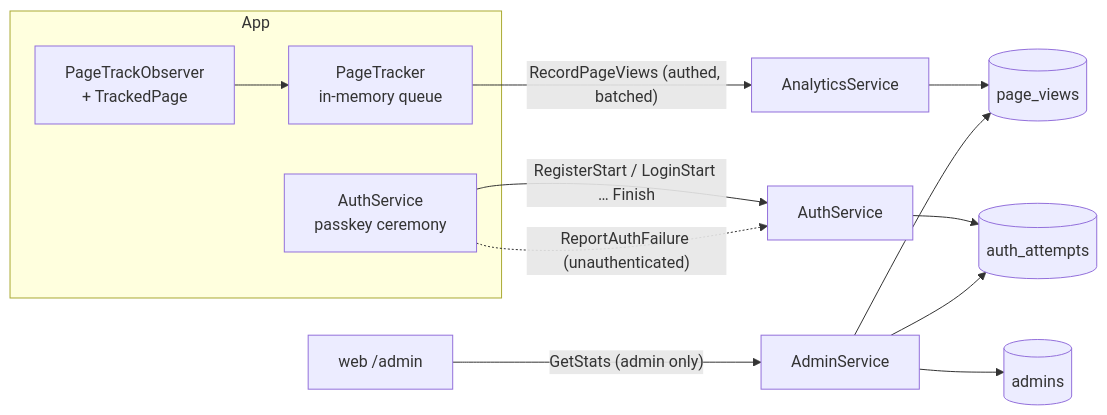
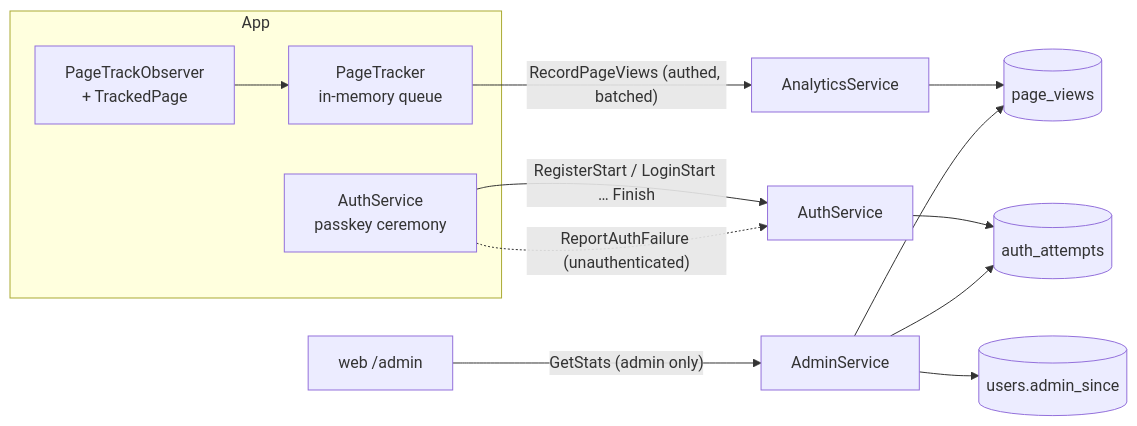
One commit to brensch/lift changed the diagram in docs/architecture/analytics.md. Above: the diagram before and after it, drawn with Mermaid. The commit also changed other lines of this file and 32 other files, not shown here.

````diff
--- a/docs/architecture/analytics.md
+++ b/docs/architecture/analytics.md
@@ -8,16 +8,16 @@
 ```mermaid
 flowchart LR
     subgraph App
         O[PageTrackObserver<br/>+ TrackedPage] --> T[PageTracker<br/>in-memory queue]
         L[AuthService<br/>passkey ceremony]
     end
     T -- "RecordPageViews (authed, batched)" --> A[AnalyticsService]
     L -- "RegisterStart / LoginStart … Finish" --> AU[AuthService]
     L -. "ReportAuthFailure (unauthenticated)" .-> AU
     A --> PV[(page_views)]
     AU --> AA[(auth_attempts)]
     W[web /admin] -- "GetStats (admin only)" --> AD[AdminService]
     AD --> PV
     AD --> AA
-    AD --> ADM[(admins)]
+    AD --> ADM[(users.admin_since)]
 ```
````
